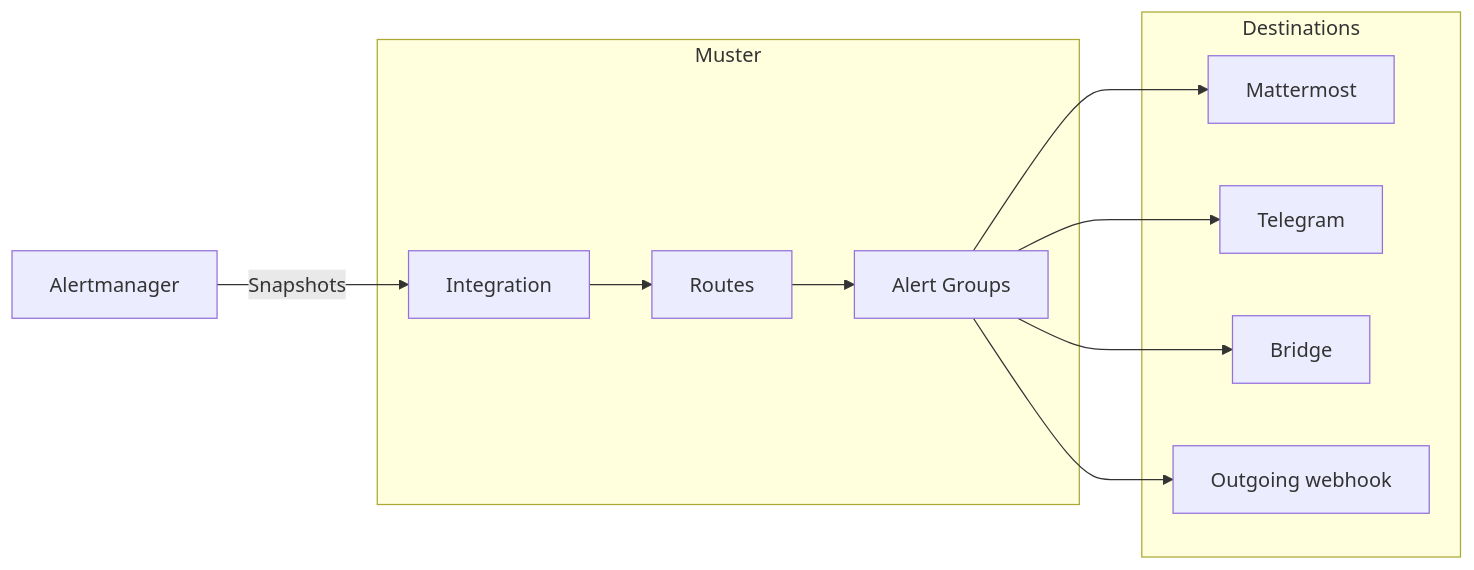
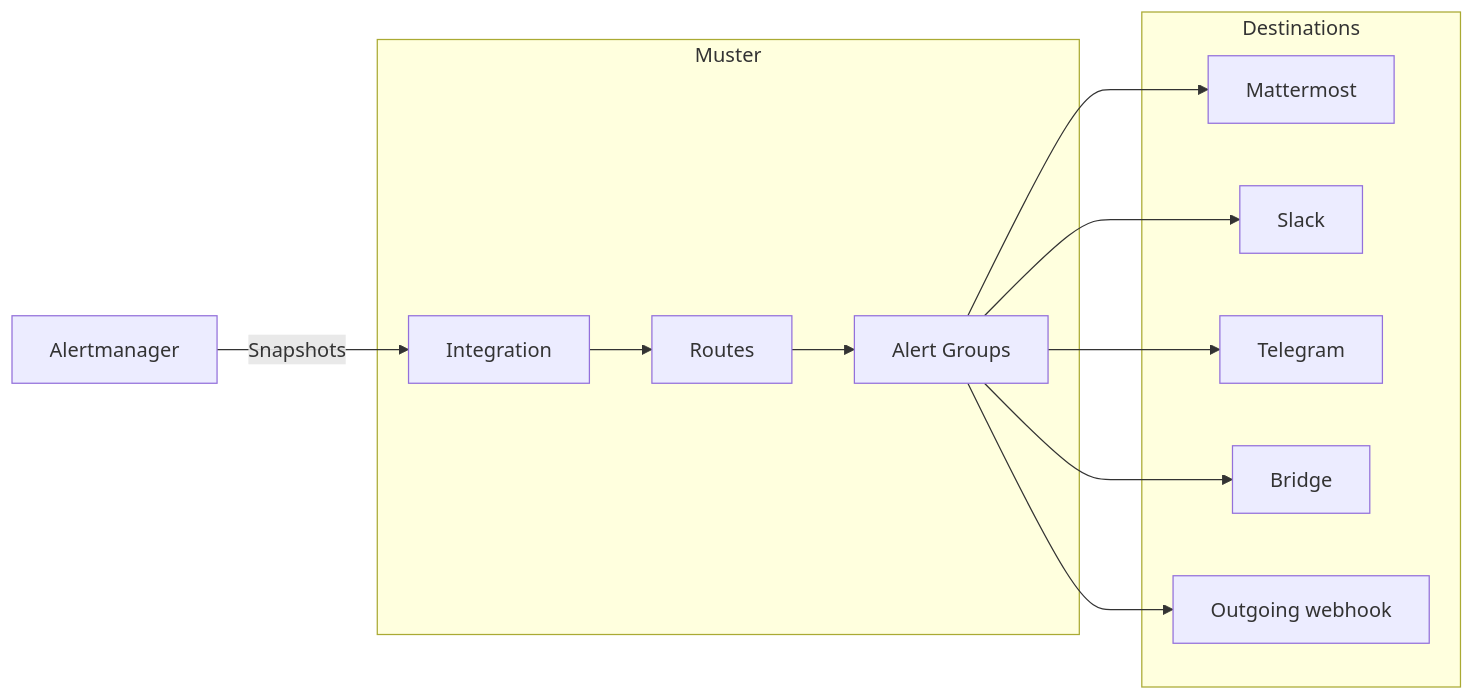
The diagram in docs/index.md (muster-io/muster), drawn with Mermaid before and after one commit. The commit also changed other lines of this file and 27 other files, not shown here.

````diff
--- a/docs/index.md
+++ b/docs/index.md
@@ -7,17 +8,19 @@
 ```mermaid
 flowchart LR
   am["Alertmanager"] -- "Snapshots" --> integration
   subgraph muster["Muster"]
     integration["Integration"] --> routes["Routes"] --> groups["Alert Groups"]
   end
   subgraph destinations["Destinations"]
     mm["Mattermost"]
+    sl["Slack"]
     tg["Telegram"]
     br["Bridge"]
     wh["Outgoing webhook"]
   end
   groups --> mm
+  groups --> sl
   groups --> tg
   groups --> br
   groups --> wh
 ```
````
